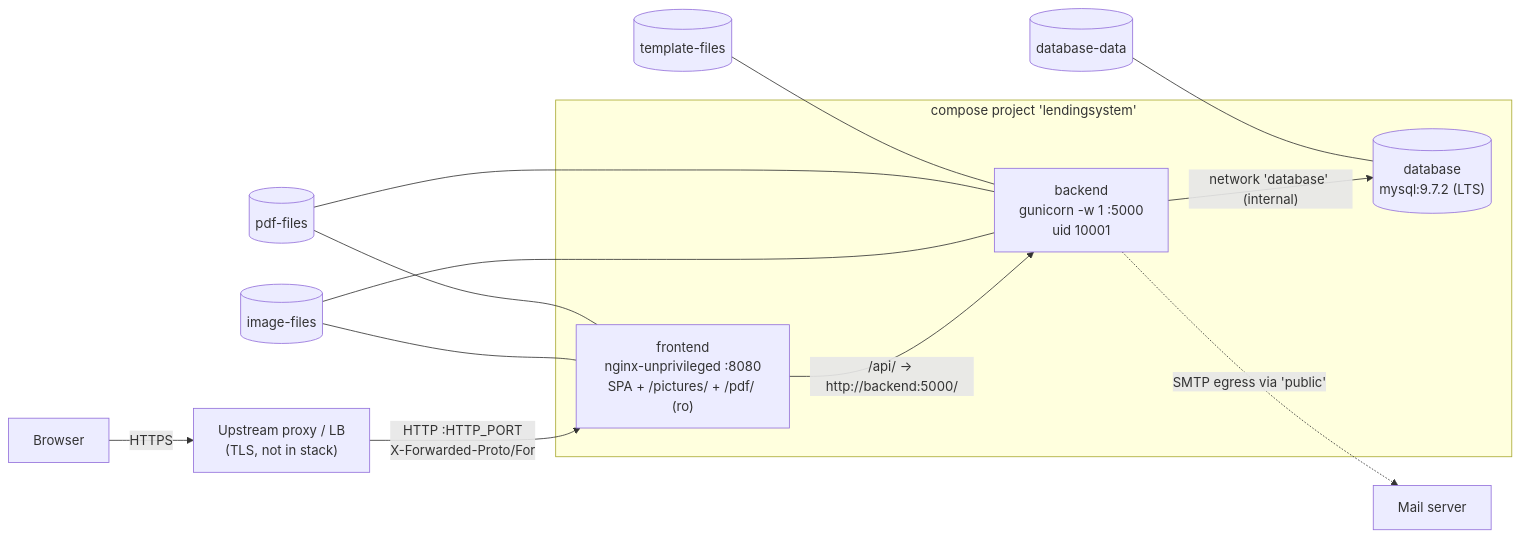
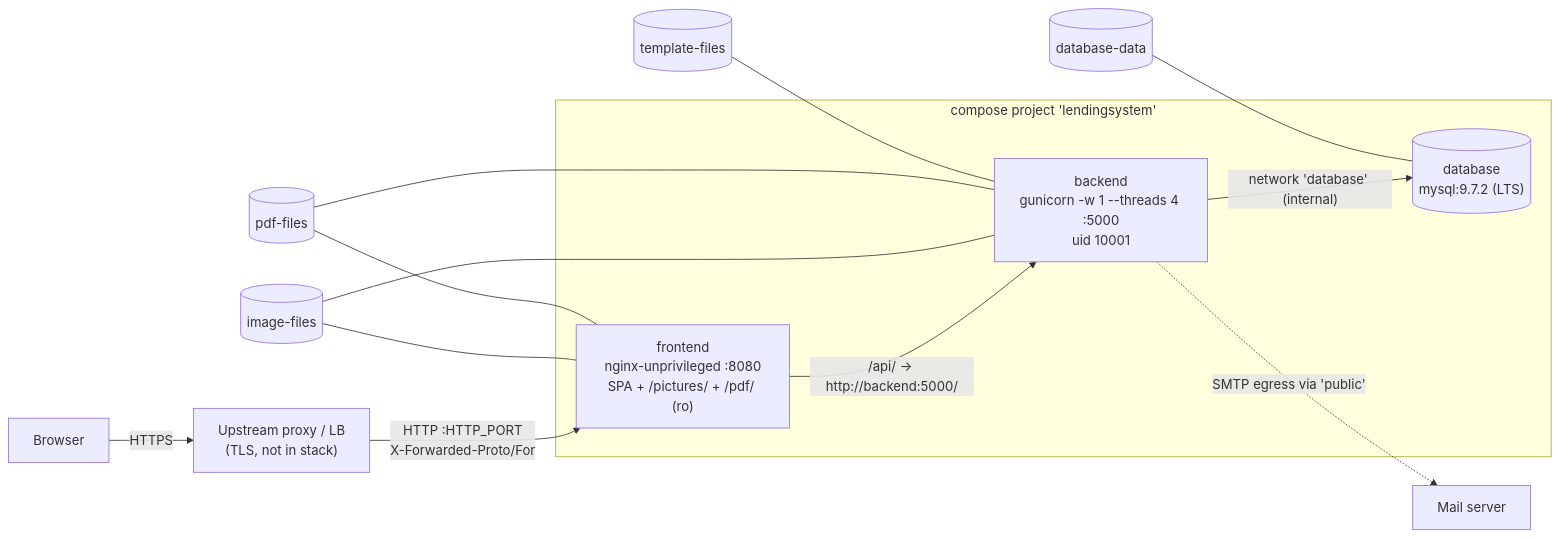
One commit to OvGU-FIN-24/LendingSystem changed the diagram in docs/deploy/architecture.md. Above: the diagram before and after it, drawn with Mermaid. The commit also changed other lines of this file and 3 other files, not shown here.

````diff
--- a/docs/deploy/architecture.md
+++ b/docs/deploy/architecture.md
@@ -13,17 +13,17 @@
 ```mermaid
 flowchart LR
   U[Browser] -->|HTTPS| P["Upstream proxy / LB<br/>(TLS, not in stack)"]
   P -->|"HTTP :HTTP_PORT<br/>X-Forwarded-Proto/For"| F
   subgraph stack["compose project 'lendingsystem'"]
     F["frontend<br/>nginx-unprivileged :8080<br/>SPA + /pictures/ + /pdf/ (ro)"]
-    B["backend<br/>gunicorn -w 1 :5000<br/>uid 10001"]
+    B["backend<br/>gunicorn -w 1 --threads 4 :5000<br/>uid 10001"]
     D[("database<br/>mysql:9.7.2 (LTS)")]
     F -->|"/api/ → http://backend:5000/"| B
     B -->|"network 'database' (internal)"| D
   end
   B -.->|SMTP egress via 'public'| M[Mail server]
   V1[(image-files)] --- F & B
   V2[(pdf-files)] --- F & B
   V3[(template-files)] --- B
   V4[(database-data)] --- D
 ```
````
